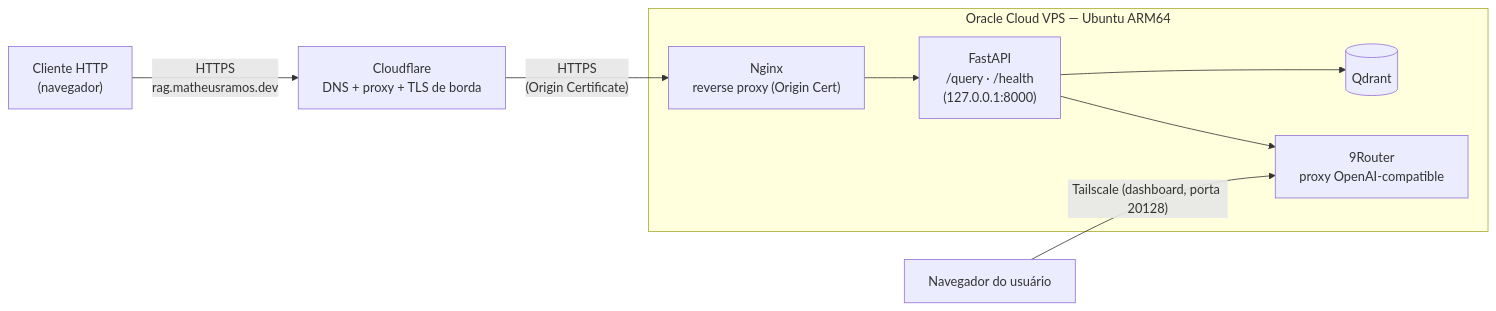
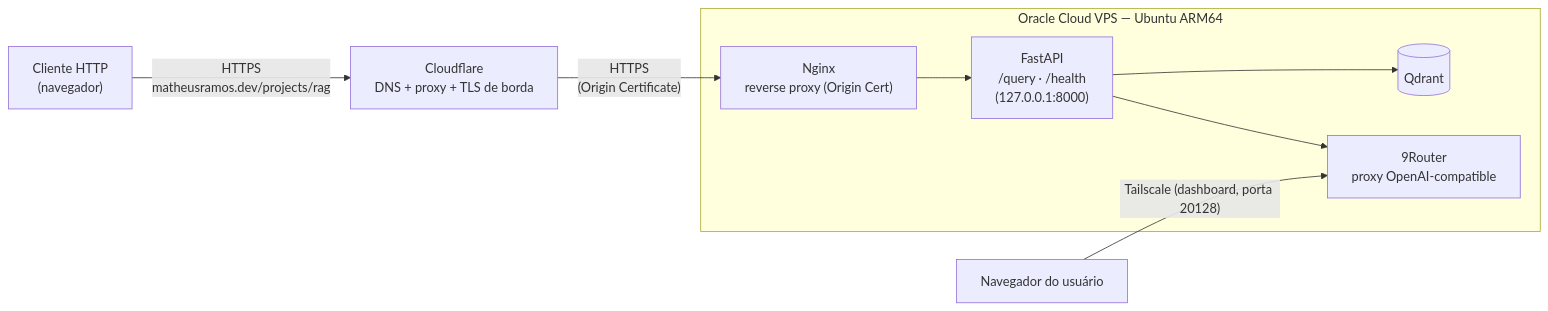
One commit to goptun/rag-knowledge-assistant changed the second of 2 diagrams in README.md. Above: the diagram before and after it, drawn with Mermaid. The commit also changed other lines of this file, not shown here.

First line of the commit message:
docs: documenta migração de rag.matheusramos.dev para /projects/rag/

````diff
--- a/README.md
+++ b/README.md
@@ -57,13 +57,13 @@
 ```mermaid
 flowchart LR
-    Cliente["Cliente HTTP<br/>(navegador)"] -- "HTTPS<br/>rag.matheusramos.dev" --> CF["Cloudflare<br/>DNS + proxy + TLS de borda"]
+    Cliente["Cliente HTTP<br/>(navegador)"] -- "HTTPS<br/>matheusramos.dev/projects/rag" --> CF["Cloudflare<br/>DNS + proxy + TLS de borda"]
 
     subgraph VPS["Oracle Cloud VPS — Ubuntu ARM64"]
         Nginx["Nginx<br/>reverse proxy (Origin Cert)"] --> API["FastAPI<br/>/query · /health<br/>(127.0.0.1:8000)"]
         API --> QD[("Qdrant")]
         API --> Router["9Router<br/>proxy OpenAI-compatible"]
     end
 
     CF -- "HTTPS<br/>(Origin Certificate)" --> Nginx
     Admin["Navegador do usuário"] -- "Tailscale (dashboard, porta 20128)" --> Router
 ```
````
